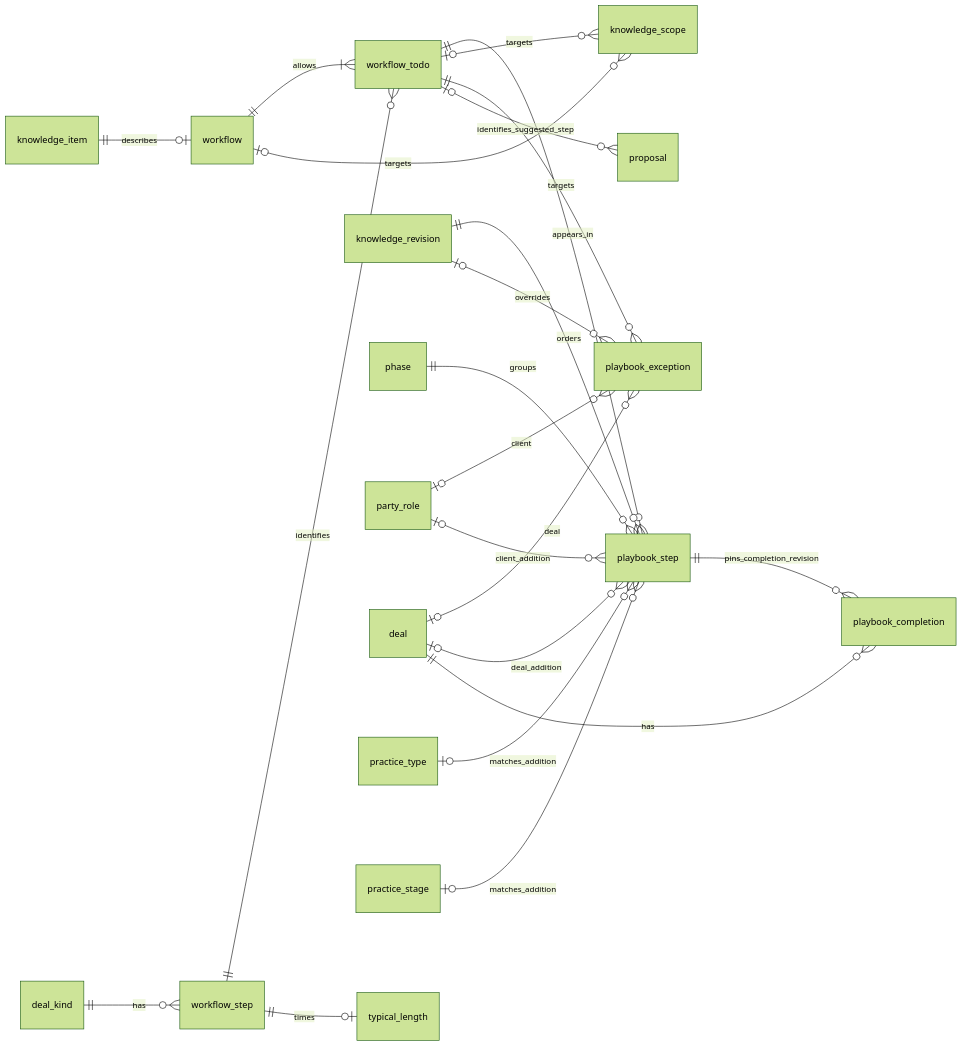
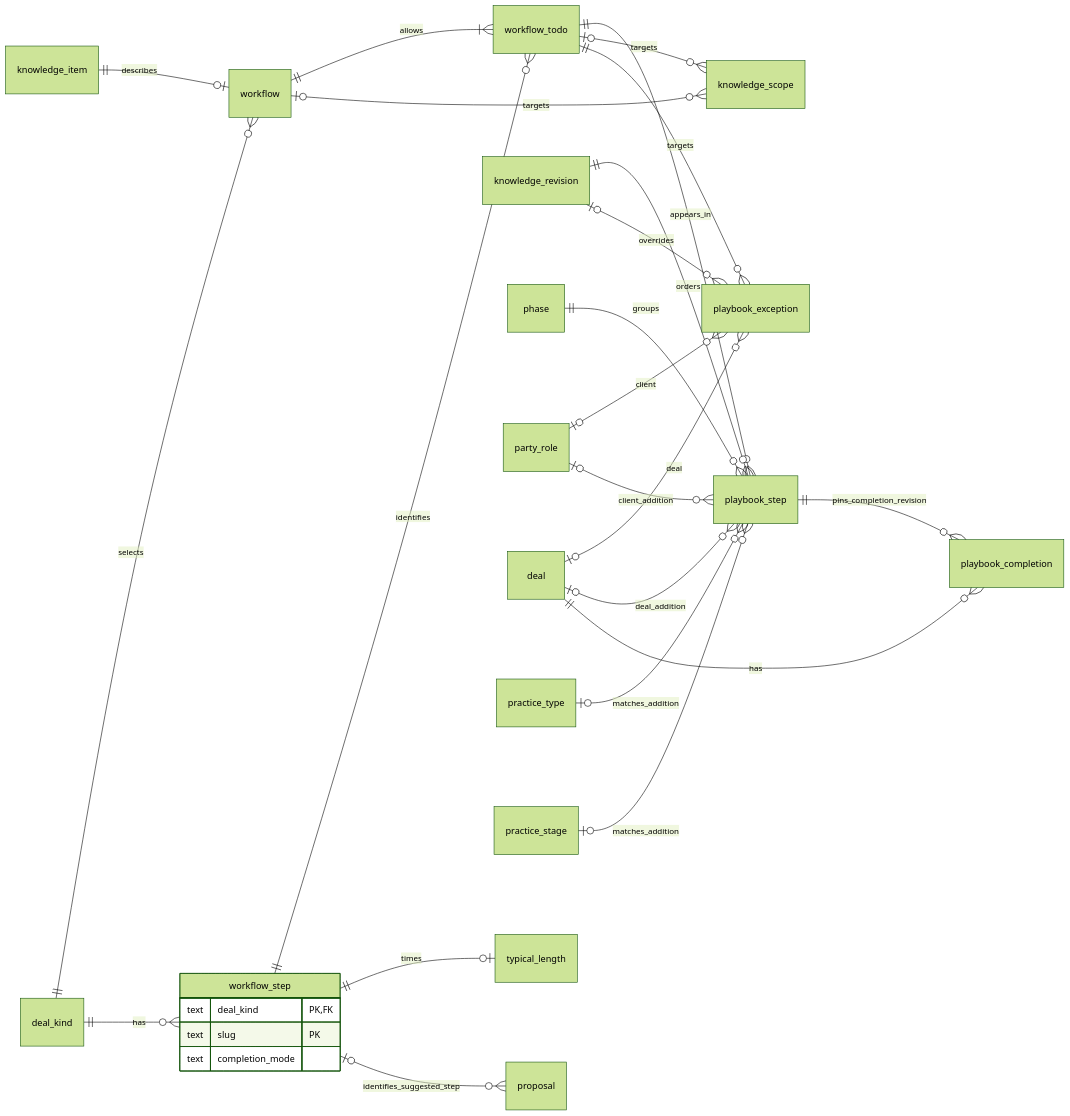
One commit to DoctorCRE/doctorcre-engine changed the third of 4 diagrams in docs/knowledge/tables.md. Above: the diagram before and after it, drawn with Mermaid (forest theme). The commit also changed other lines of this file and 3 other files, not shown here.

````diff
--- a/docs/knowledge/tables.md
+++ b/docs/knowledge/tables.md
@@ -82,25 +82,31 @@
 ```mermaid
 erDiagram
     direction LR
     knowledge_item ||--o| workflow : describes
+    deal_kind ||--o{ workflow : selects
     deal_kind ||--o{ workflow_step : has
+    workflow_step {
+        text deal_kind PK, FK
+        text slug PK
+        text completion_mode
+    }
     workflow ||--|{ workflow_todo : allows
     workflow_step ||--o{ workflow_todo : identifies
     workflow_step ||--o| typical_length : times
     workflow_todo ||--o{ playbook_step : appears_in
     knowledge_revision ||--o{ playbook_step : orders
     phase ||--o{ playbook_step : groups
     workflow o|--o{ knowledge_scope : targets
     workflow_todo o|--o{ knowledge_scope : targets
     workflow_todo ||--o{ playbook_exception : targets
     knowledge_revision o|--o{ playbook_exception : overrides
     party_role o|--o{ playbook_exception : client
     deal o|--o{ playbook_exception : deal
     playbook_step ||--o{ playbook_completion : pins_completion_revision
     practice_type o|--o{ playbook_step : matches_addition
     practice_stage o|--o{ playbook_step : matches_addition
     party_role o|--o{ playbook_step : client_addition
     deal o|--o{ playbook_step : deal_addition
-    workflow_todo o|--o{ proposal : identifies_suggested_step
+    workflow_step o|--o{ proposal : identifies_suggested_step
     deal ||--o{ playbook_completion : has
 ```
````
